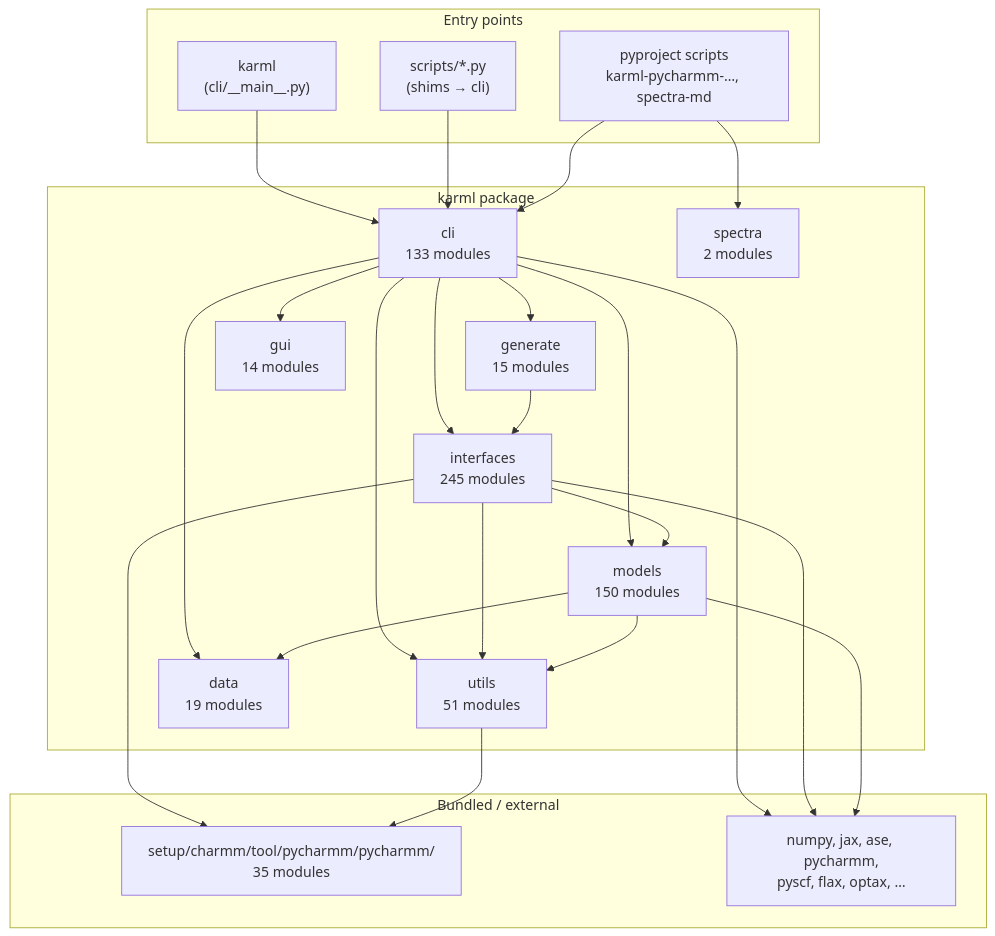
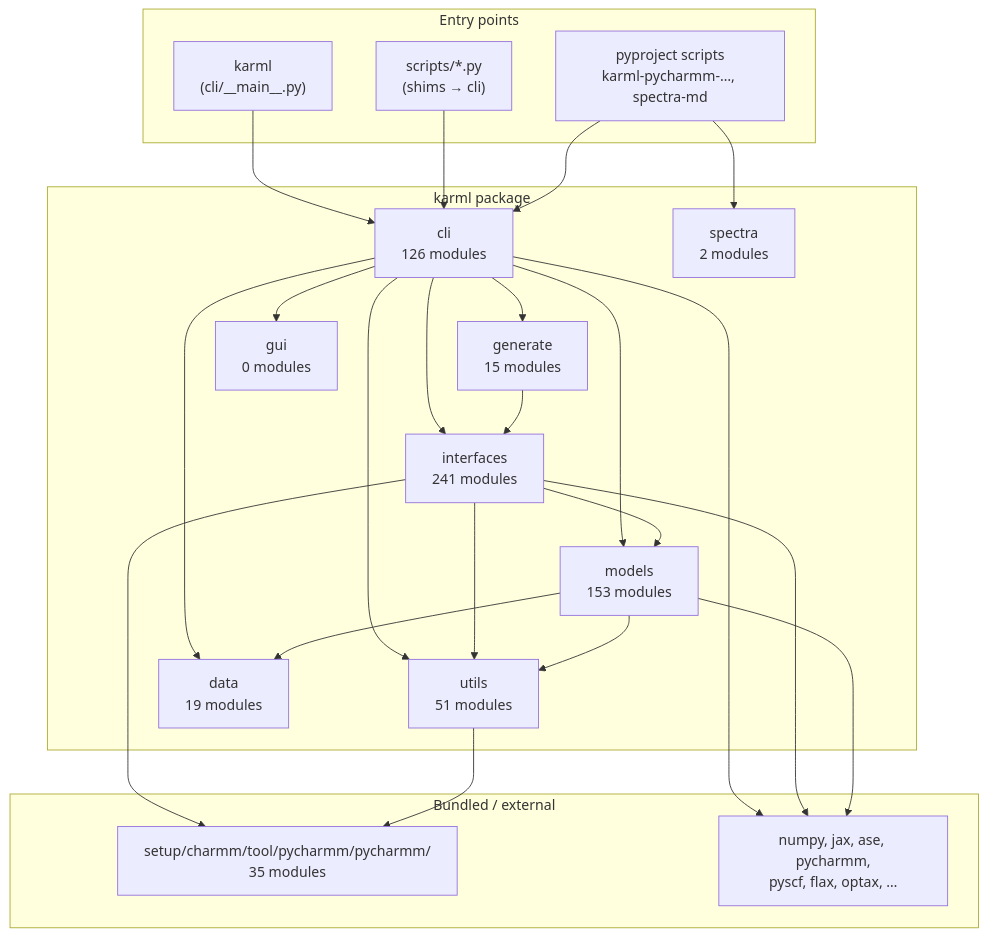
Before and after one commit to EricBoittier/karml: the first of 8 diagrams in docs/package-architecture.md, drawn with Mermaid. The commit also changed other lines of this file and 12 other files, not shown here.

````diff
--- a/docs/package-architecture.md
+++ b/docs/package-architecture.md
@@ -13,48 +13,48 @@
 ```mermaid
 flowchart TB
   subgraph entry["Entry points"]
     KARML["karml\n(cli/__main__.py)"]
     SCRIPTS["scripts/*.py\n(shims → cli)"]
     PKG["pyproject scripts\nkarml-pycharmm-…, spectra-md"]
   end
 
   subgraph karml_pkg["karml package"]
-    CLI["cli\n133 modules"]
-    IFACE["interfaces\n245 modules"]
-    MODELS["models\n150 modules"]
+    CLI["cli\n126 modules"]
+    IFACE["interfaces\n241 modules"]
+    MODELS["models\n153 modules"]
     UTILS["utils\n51 modules"]
     DATA["data\n19 modules"]
     GEN["generate\n15 modules"]
-    GUI["gui\n14 modules"]
+    GUI["gui\n0 modules"]
     SPEC["spectra\n2 modules"]
   end
 
   subgraph vendor["Bundled / external"]
     PYCH["setup/charmm/tool/pycharmm/pycharmm/\n35 modules"]
     EXT["numpy, jax, ase, pycharmm,\npyscf, flax, optax, …"]
   end
 
   KARML --> CLI
   SCRIPTS --> CLI
   PKG --> CLI
   PKG --> SPEC
 
   CLI --> IFACE
   CLI --> MODELS
   CLI --> DATA
   CLI --> UTILS
   CLI --> GEN
   CLI --> GUI
 
   IFACE --> MODELS
   IFACE --> UTILS
   IFACE --> PYCH
   MODELS --> UTILS
   MODELS --> DATA
   UTILS --> PYCH
   GEN --> IFACE
 
   CLI --> EXT
   IFACE --> EXT
   MODELS --> EXT
 ```
````
